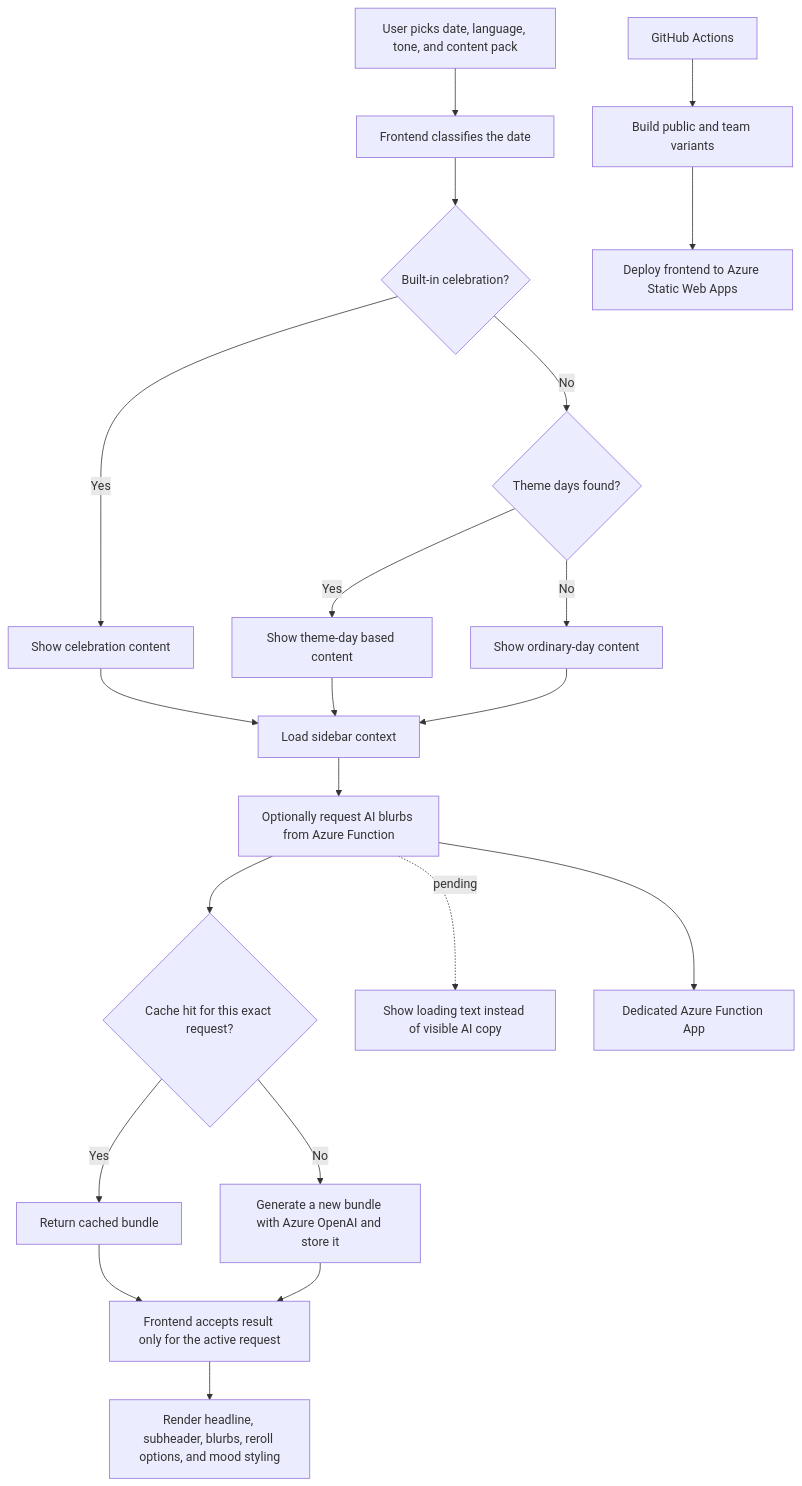
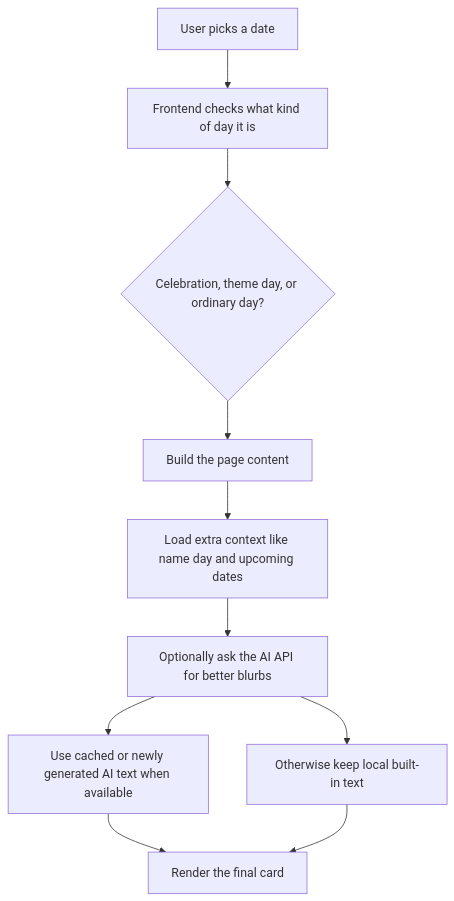
Before and after one commit to salmi4k/vadkanmanfira: the diagram in README.md, drawn with Mermaid.

Commit message:
simplify the readme flow diagram

````diff
--- a/README.md
+++ b/README.md
@@ -57,28 +57,12 @@
 ```mermaid
 flowchart TD
-    A[User picks date, language, tone, and content pack] --> B[Frontend classifies the date]
-    B --> C{Built-in celebration?}
-    C -->|Yes| D[Show celebration content]
-    C -->|No| E{Theme days found?}
-    E -->|Yes| F[Show theme-day based content]
-    E -->|No| G[Show ordinary-day content]
-
-    D --> H[Load sidebar context]
-    F --> H
-    G --> H
-
-    H --> I[Optionally request AI blurbs from Azure Function]
-    I --> J{Cache hit for this exact request?}
-    J -->|Yes| K[Return cached bundle]
-    J -->|No| L[Generate a new bundle with Azure OpenAI and store it]
-
-    K --> M[Frontend accepts result only for the active request]
-    L --> M
-    I -. pending .-> N[Show loading text instead of visible AI copy]
-
-    M --> O[Render headline, subheader, blurbs, reroll options, and mood styling]
-
-    P[GitHub Actions] --> Q[Build public and team variants]
-    Q --> R[Deploy frontend to Azure Static Web Apps]
-    I --> S[Dedicated Azure Function App]
+    A[User picks a date] --> B[Frontend checks what kind of day it is]
+    B --> C{Celebration, theme day, or ordinary day?}
+    C --> D[Build the page content]
+    D --> E[Load extra context like name day and upcoming dates]
+    E --> F[Optionally ask the AI API for better blurbs]
+    F --> G[Use cached or newly generated AI text when available]
+    F --> H[Otherwise keep local built-in text]
+    G --> I[Render the final card]
+    H --> I[Render the final card]
 ```
````
